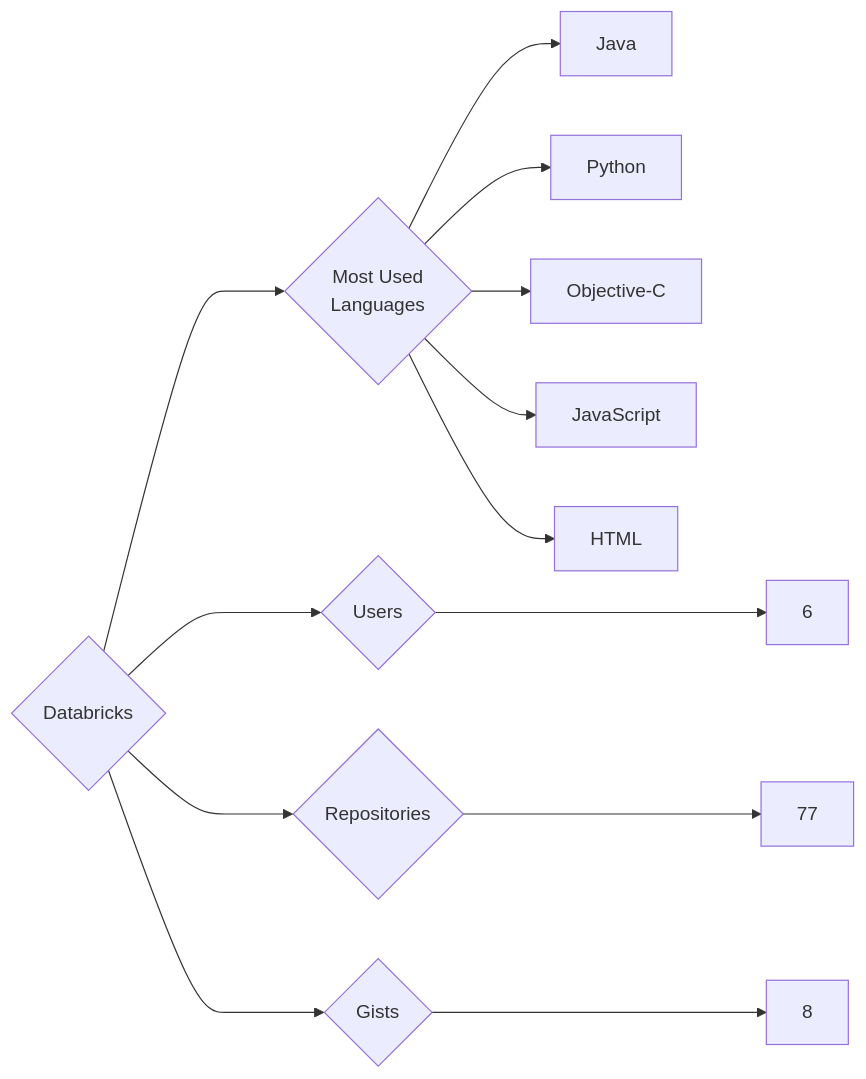
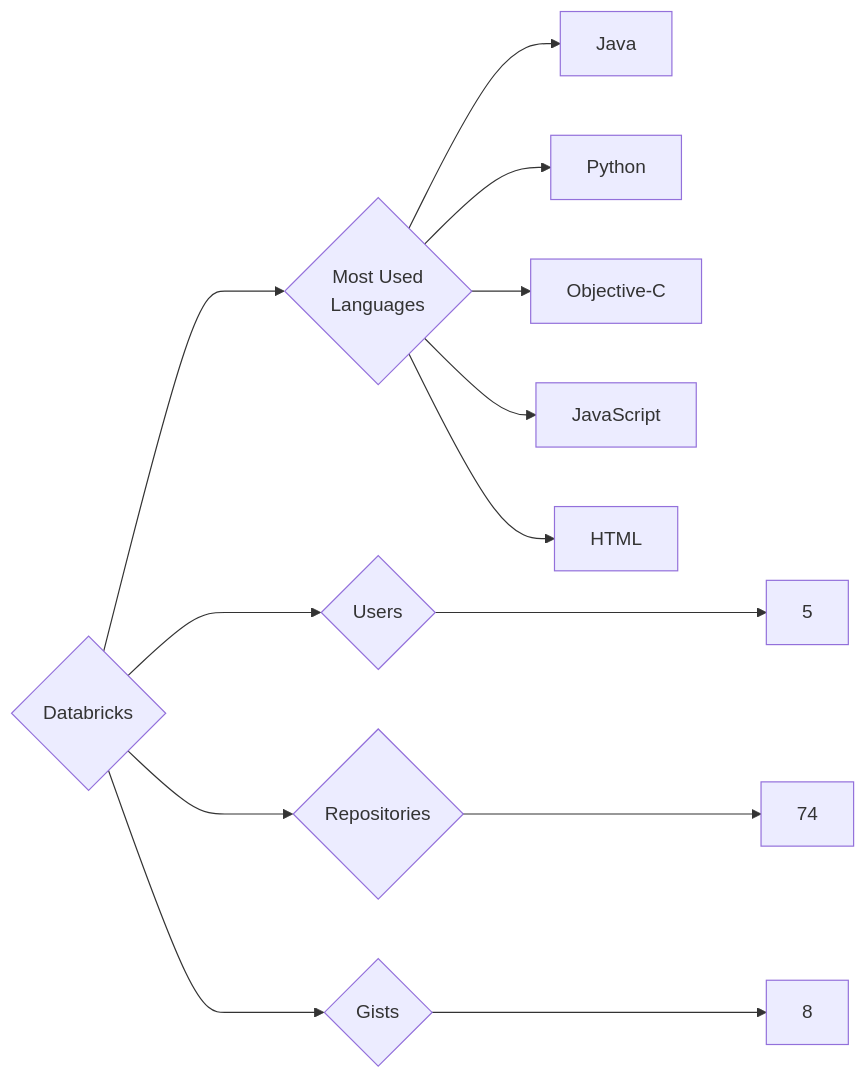
The diagram in targets/Databricks/README.md (trickest/insiders), drawn with Mermaid before and after one commit. The commit also changed 776 other files, not shown here.

````diff
--- a/targets/Databricks/README.md
+++ b/targets/Databricks/README.md
@@ -3,13 +3,13 @@
 ```mermaid
 graph LR
 COMPANY_NAME{Databricks}
-COMPANY_NAME ---> U{Users} ---> UN[6]
-COMPANY_NAME ---> R{Repositories} ---> RN[77]
+COMPANY_NAME ---> U{Users} ---> UN[5]
+COMPANY_NAME ---> R{Repositories} ---> RN[74]
 COMPANY_NAME ---> G{Gists} ---> GN[8]
 COMPANY_NAME ---> ML{Most Used<br>Languages}
 ML --> Java[Java]
 ML --> Python[Python]
 ML --> Objective-C[Objective-C]
 ML --> JavaScript[JavaScript]
 ML --> HTML[HTML]
 ```
````
